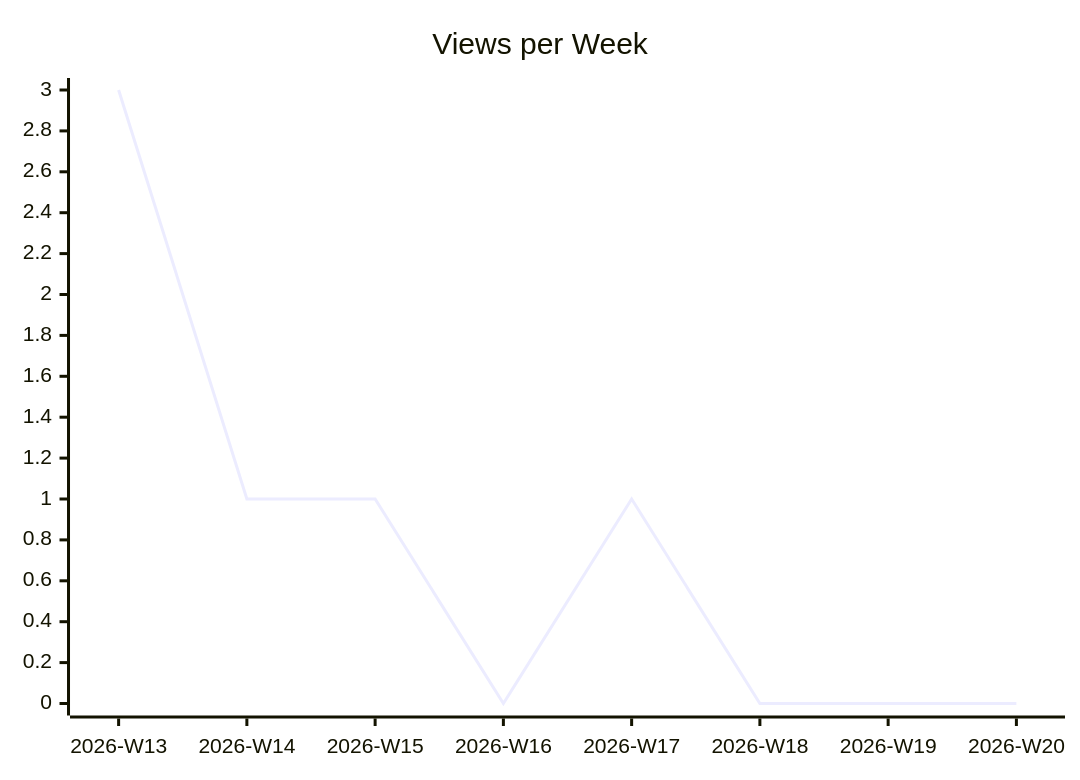
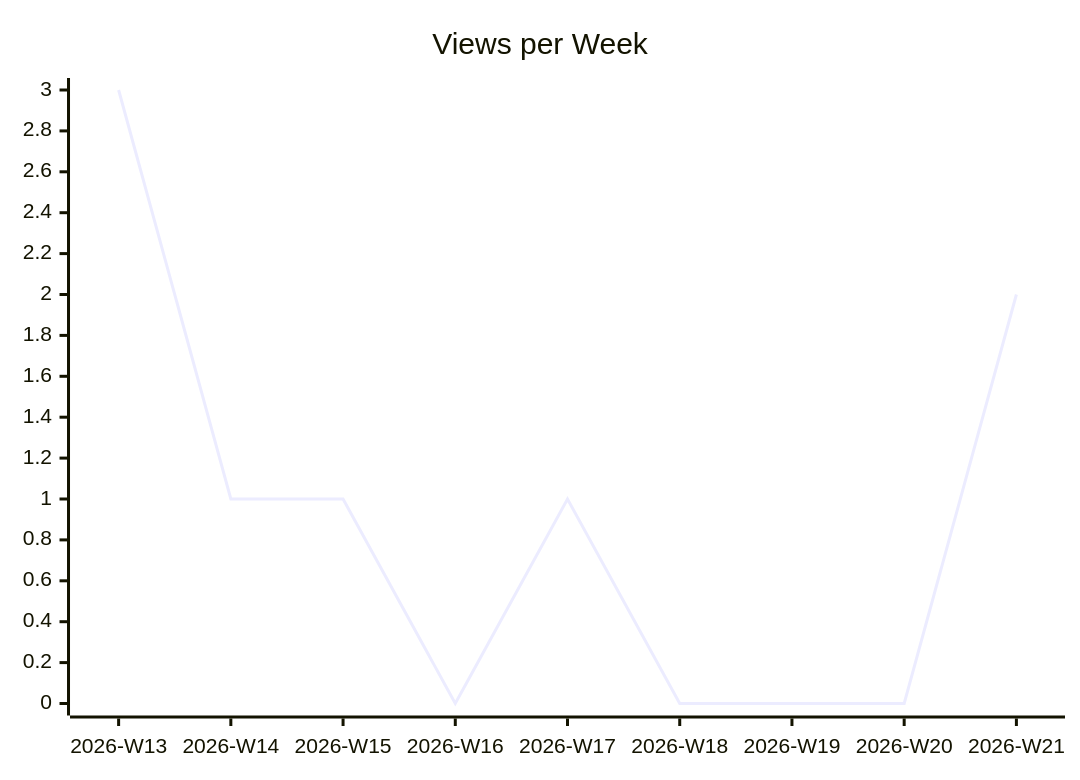
The second of 3 diagrams in karlmdavis/rps-tourney/README.md (justdavis-family/github-analytics-data), drawn with Mermaid before and after one commit. The commit also changed other lines of this file and 189 other files, not shown here.

````diff
--- a/karlmdavis/rps-tourney/README.md
+++ b/karlmdavis/rps-tourney/README.md
@@ -12,6 +12,6 @@
 ```mermaid
 xychart-beta
   title "Views per Week"
-  x-axis ["2026-W13", "2026-W14", "2026-W15", "2026-W16", "2026-W17", "2026-W18", "2026-W19", "2026-W20"]
-  line [3, 1, 1, 0, 1, 0, 0, 0]
+  x-axis ["2026-W13", "2026-W14", "2026-W15", "2026-W16", "2026-W17", "2026-W18", "2026-W19", "2026-W20", "2026-W21"]
+  line [3, 1, 1, 0, 1, 0, 0, 0, 2]
 ```
````
